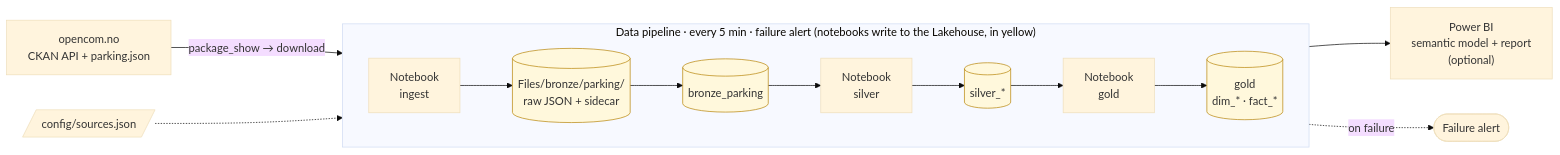
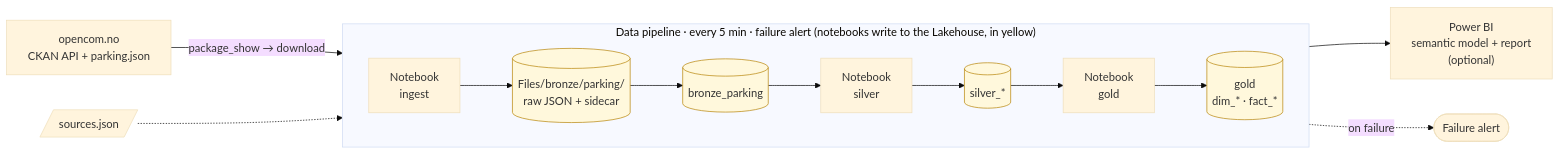
The first of 3 diagrams in docs/architecture.md (VirtueMe/stavangerparking), drawn with Mermaid (base theme) before and after one commit. The commit also changed other lines of this file and 26 other files, not shown here.

````diff
--- a/docs/architecture.md
+++ b/docs/architecture.md
@@ -15,28 +15,28 @@
 ```mermaid
 flowchart LR
     src["opencom.no<br/>CKAN API + parking.json"]
-    cfg[/"config/sources.json"/]
+    cfg[/"sources.json"/]
 
     subgraph pipe["Data pipeline · every 5 min · failure alert (notebooks write to the Lakehouse, in yellow)"]
         direction LR
         ingest["Notebook<br/>ingest"]
         raw[("Files/bronze/parking/<br/>raw JSON + sidecar")]
         bronze[("bronze_parking")]
         nbs["Notebook<br/>silver"]
         silver[("silver_*")]
         nbg["Notebook<br/>gold"]
         gold[("gold<br/>dim_* · fact_*")]
         ingest --> raw --> bronze --> nbs --> silver --> nbg --> gold
     end
 
     pbi["Power BI<br/>semantic model + report<br/>(optional)"]
     alert(["Failure alert"])
 
     src -->|"package_show → download"| ingest
     cfg -.-> ingest
     gold --> pbi
     pipe -. "on failure" .-> alert
 
     classDef store fill:#fff8dc,stroke:#b8860b
     class raw,bronze,silver,gold store
 ```
````
